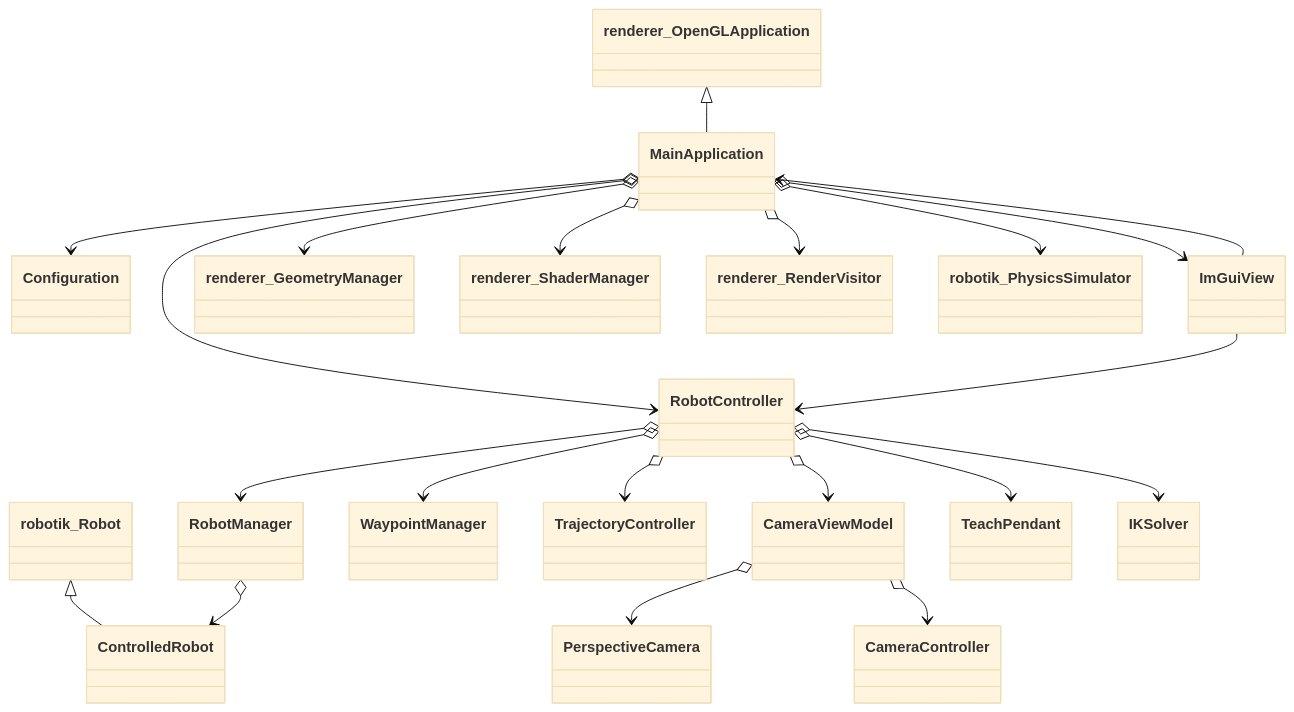
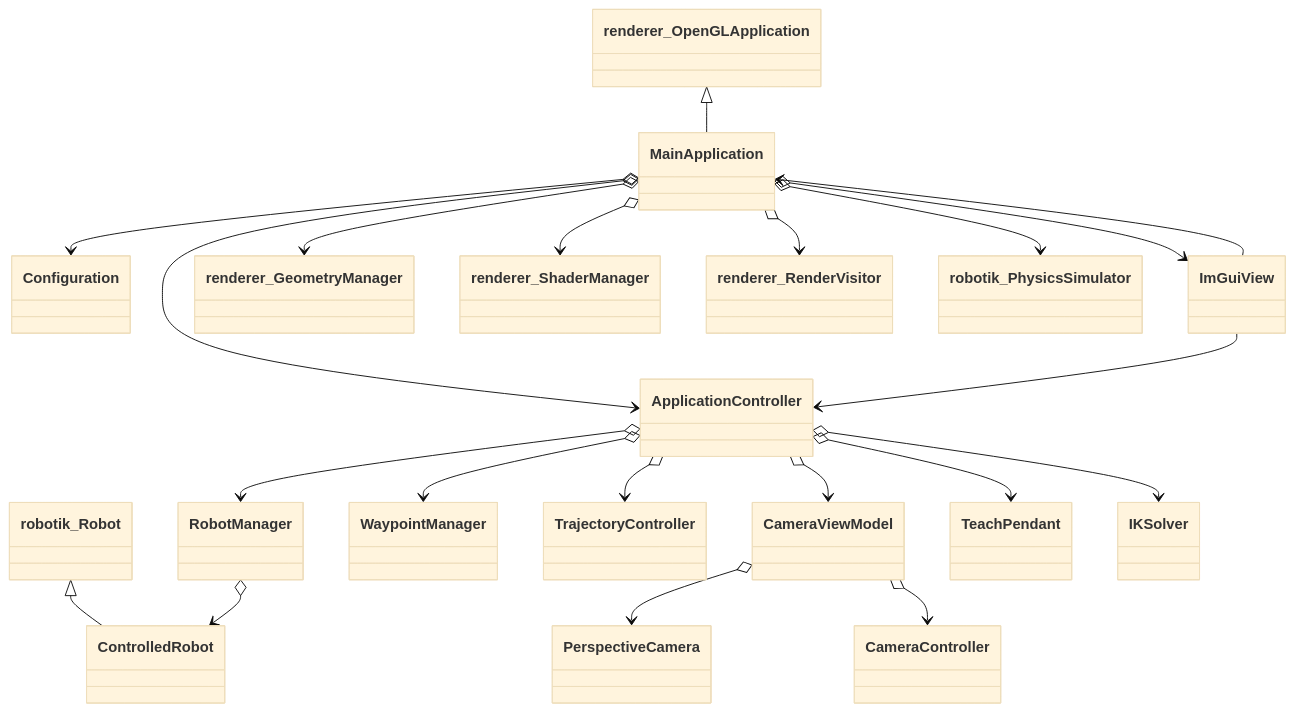
One commit to Lecrapouille/Robotik changed the first of 2 diagrams in src/Applications/README.md. Above: the diagram before and after it, drawn with Mermaid (base theme). The commit also changed other lines of this file and 12 other files, not shown here.

````diff
--- a/src/Applications/README.md
+++ b/src/Applications/README.md
@@ -9,23 +9,23 @@
 ```mermaid
 classDiagram
     renderer_OpenGLApplication <|-- MainApplication
     MainApplication o--> Configuration
-    MainApplication o--> RobotController
+    MainApplication o--> ApplicationController
     MainApplication o--> ImGuiView
     MainApplication o--> renderer_GeometryManager
     MainApplication o--> renderer_ShaderManager
     MainApplication o--> renderer_RenderVisitor
     MainApplication o--> robotik_PhysicsSimulator
     robotik_Robot <|-- ControlledRobot
-    RobotController o--> RobotManager
-    RobotController o--> WaypointManager
-    RobotController o--> TrajectoryController
-    RobotController o--> CameraViewModel
-    RobotController o--> TeachPendant
-    RobotController o--> IKSolver
+    ApplicationController o--> RobotManager
+    ApplicationController o--> WaypointManager
+    ApplicationController o--> TrajectoryController
+    ApplicationController o--> CameraViewModel
+    ApplicationController o--> TeachPendant
+    ApplicationController o--> IKSolver
     RobotManager o--> ControlledRobot
-    ImGuiView --> RobotController
+    ImGuiView --> ApplicationController
     ImGuiView --> MainApplication
     CameraViewModel o--> PerspectiveCamera
     CameraViewModel o--> CameraController
 ```
````
